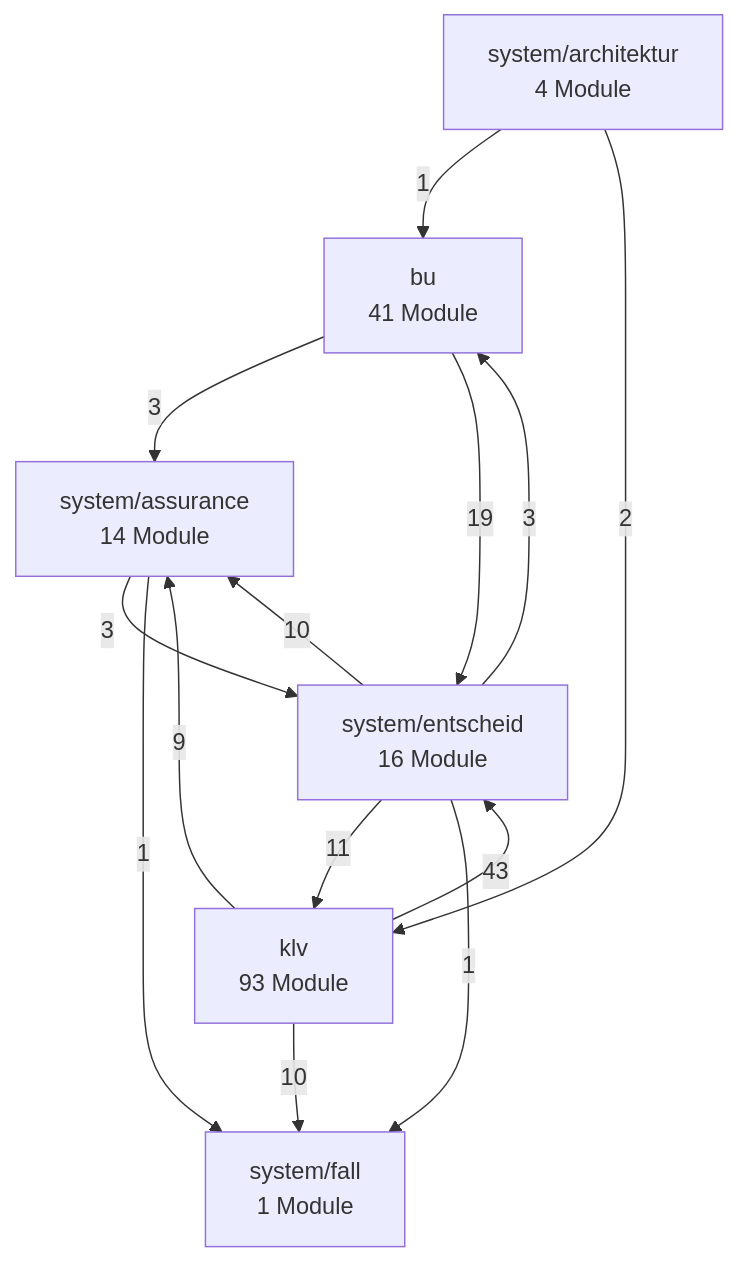
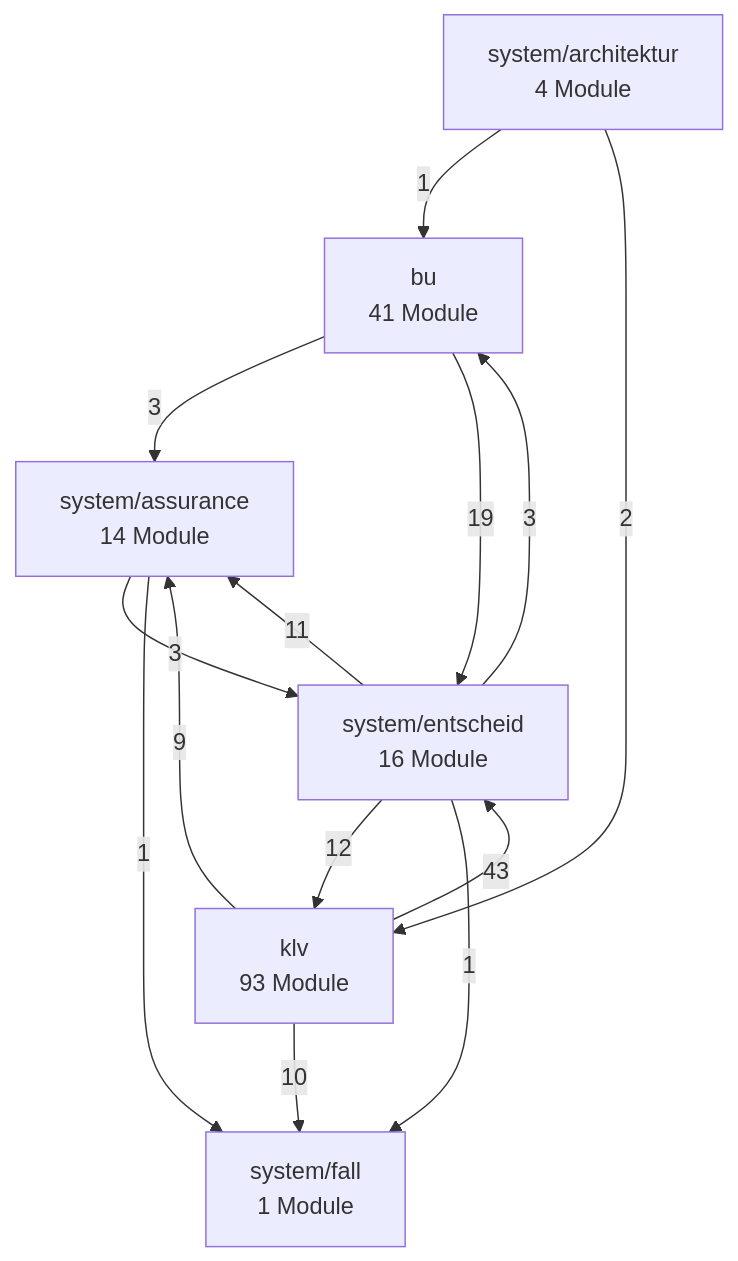
One commit to bartlmac/rechner-pipeline changed the second of 3 diagrams in docs/architektur/landkarte.md. Above: the diagram before and after it, drawn with Mermaid. The commit also changed 49 other files, not shown here.

````diff
--- a/docs/architektur/landkarte.md
+++ b/docs/architektur/landkarte.md
@@ -78,23 +78,23 @@
 ```mermaid
 %% Fachknoten — erzeugt von ontologie.landkarte
 flowchart TD
     bu["bu<br/>41 Module"]
     klv["klv<br/>93 Module"]
     system_architektur["system/architektur<br/>4 Module"]
     system_assurance["system/assurance<br/>14 Module"]
     system_entscheid["system/entscheid<br/>16 Module"]
     system_fall["system/fall<br/>1 Module"]
     bu -- 3 --> system_assurance
     bu -- 19 --> system_entscheid
     klv -- 9 --> system_assurance
     klv -- 43 --> system_entscheid
     klv -- 10 --> system_fall
     system_architektur -- 1 --> bu
     system_architektur -- 2 --> klv
     system_assurance -- 3 --> system_entscheid
     system_assurance -- 1 --> system_fall
     system_entscheid -- 3 --> bu
-    system_entscheid -- 11 --> klv
-    system_entscheid -- 10 --> system_assurance
+    system_entscheid -- 12 --> klv
+    system_entscheid -- 11 --> system_assurance
     system_entscheid -- 1 --> system_fall
 ```
````
